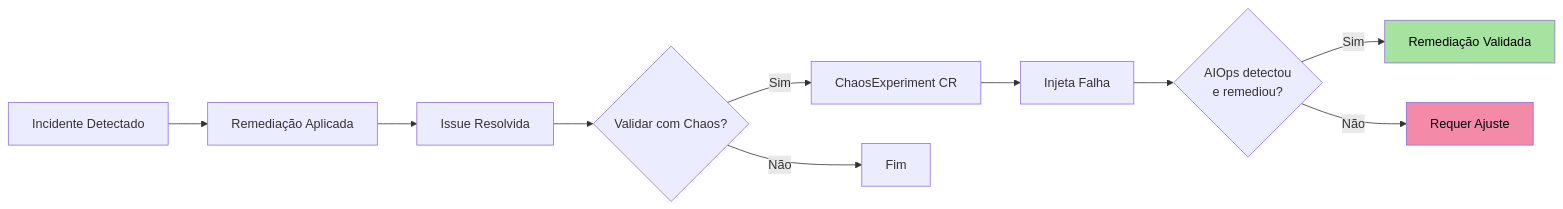
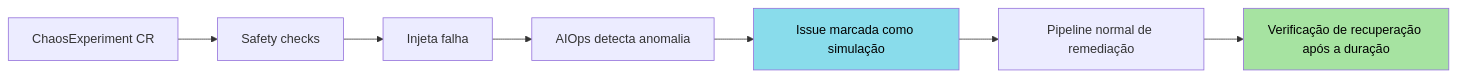
Before and after one commit to diillson/chatcli.ai: the first of 2 diagrams in pt/features/aiops/chaos-engineering.mdx, drawn with Mermaid. The commit also changed other lines of this file and 126 other files, not shown here.

````diff
--- a/pt/features/aiops/chaos-engineering.mdx
+++ b/pt/features/aiops/chaos-engineering.mdx
@@ -20,15 +33,12 @@
 ```mermaid
 flowchart LR
-    A[Incidente Detectado] --> B[Remediação Aplicada]
-    B --> C[Issue Resolvida]
-    C --> D{Validar com Chaos?}
-    D -->|Sim| E[ChaosExperiment CR]
-    E --> F[Injeta Falha]
-    F --> G{AIOps detectou<br/>e remediou?}
-    G -->|Sim| H[Remediação Validada]
-    G -->|Não| I[Requer Ajuste]
-    D -->|Não| J[Fim]
+    A[ChaosExperiment CR] --> B[Safety checks]
+    B --> C[Injeta falha]
+    C --> D[AIOps detecta anomalia]
+    D --> E[Issue marcada como simulação]
+    E --> F[Pipeline normal de remediação]
+    F --> G[Verificação de recuperação após a duração]
 
-    style H fill:#a6e3a1,color:#000
-    style I fill:#f38ba8,color:#000
+    style E fill:#89dceb,color:#000
+    style G fill:#a6e3a1,color:#000
 ```
````
